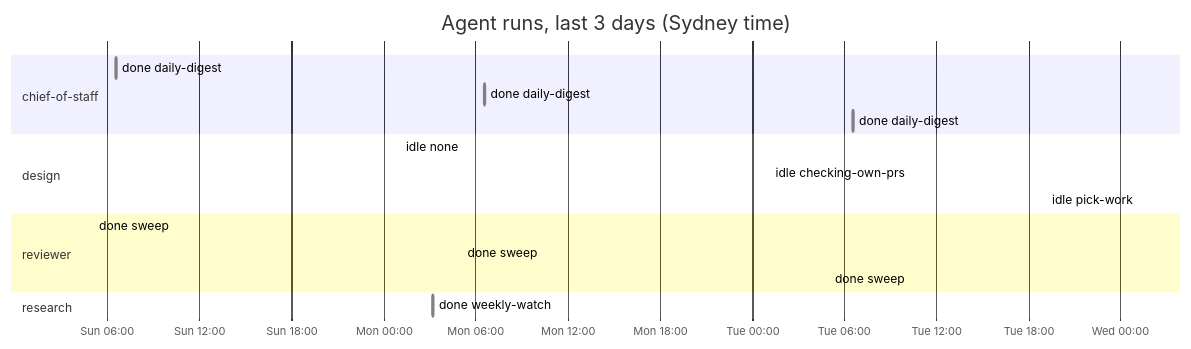
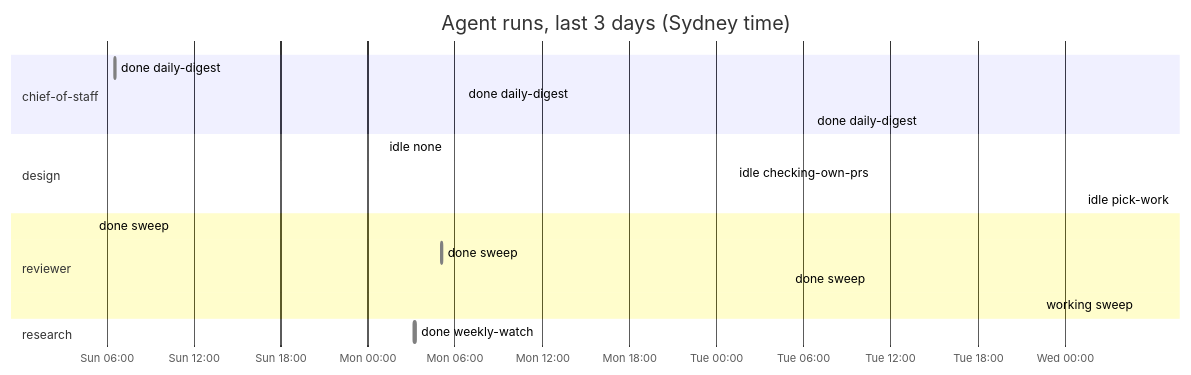
The diagram in dashboard.md (roulmediateam-byte/fifteen-expert-hq), drawn with Mermaid before and after one commit. The commit also changed other lines of this file and 1 other file, not shown here.

````diff
--- a/dashboard.md
+++ b/dashboard.md
@@ -44,20 +44,21 @@
 ```mermaid
 gantt
     title Agent runs, last 3 days (Sydney time)
     dateFormat YYYY-MM-DD HH:mm
     axisFormat %a %H:%M
     section chief-of-staff
     done daily-digest :done, 2026-11-15 06:35, 2026-11-15 06:36
     done daily-digest :done, 2026-11-16 06:35, 2026-11-16 06:36
     done daily-digest :done, 2026-11-17 06:35, 2026-11-17 06:36
     section design
     idle none :done, 2026-11-16 01:08, 2026-11-16 01:08
     idle checking-own-prs :done, 2026-11-17 01:12, 2026-11-17 01:12
     idle pick-work :done, 2026-11-18 01:11, 2026-11-18 01:11
     section reviewer
     done sweep :done, 2026-11-15 05:07, 2026-11-15 05:08
     done sweep :done, 2026-11-16 05:05, 2026-11-16 05:06
     done sweep :done, 2026-11-17 05:05, 2026-11-17 05:05
+    working sweep :active, 2026-11-18 05:04, 2026-11-18 05:05
     section research
     done weekly-watch :done, 2026-11-16 03:10, 2026-11-16 03:17
 ```
````
